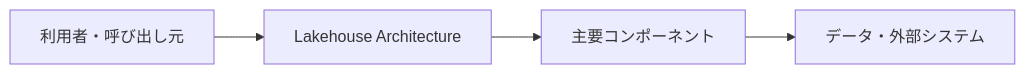
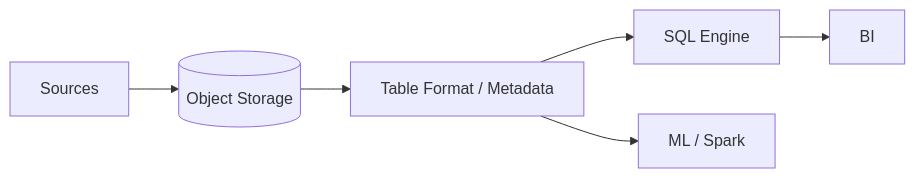
The diagram in docs/データ・更新モデル系/レイクハウスアーキテクチャ.md (t-shirayama/architecture-notes), drawn with Mermaid before and after one commit. The commit also changed other lines of this file and 32 other files, not shown here.

Commit message:
docs: refine remaining architecture notes

````diff
--- a/docs/データ・更新モデル系/レイクハウスアーキテクチャ.md
+++ b/docs/データ・更新モデル系/レイクハウスアーキテクチャ.md
@@ -24,6 +28,8 @@
 ```mermaid
 flowchart LR
-    A[利用者・呼び出し元] --> B[Lakehouse Architecture]
-    B --> C[主要コンポーネント]
-    C --> D[データ・外部システム]
+    Sources --> Lake[(Object Storage)]
+    Lake --> Table[Table Format / Metadata]
+    Table --> SQL[SQL Engine]
+    Table --> ML[ML / Spark]
+    SQL --> BI[BI]
 ```
````
